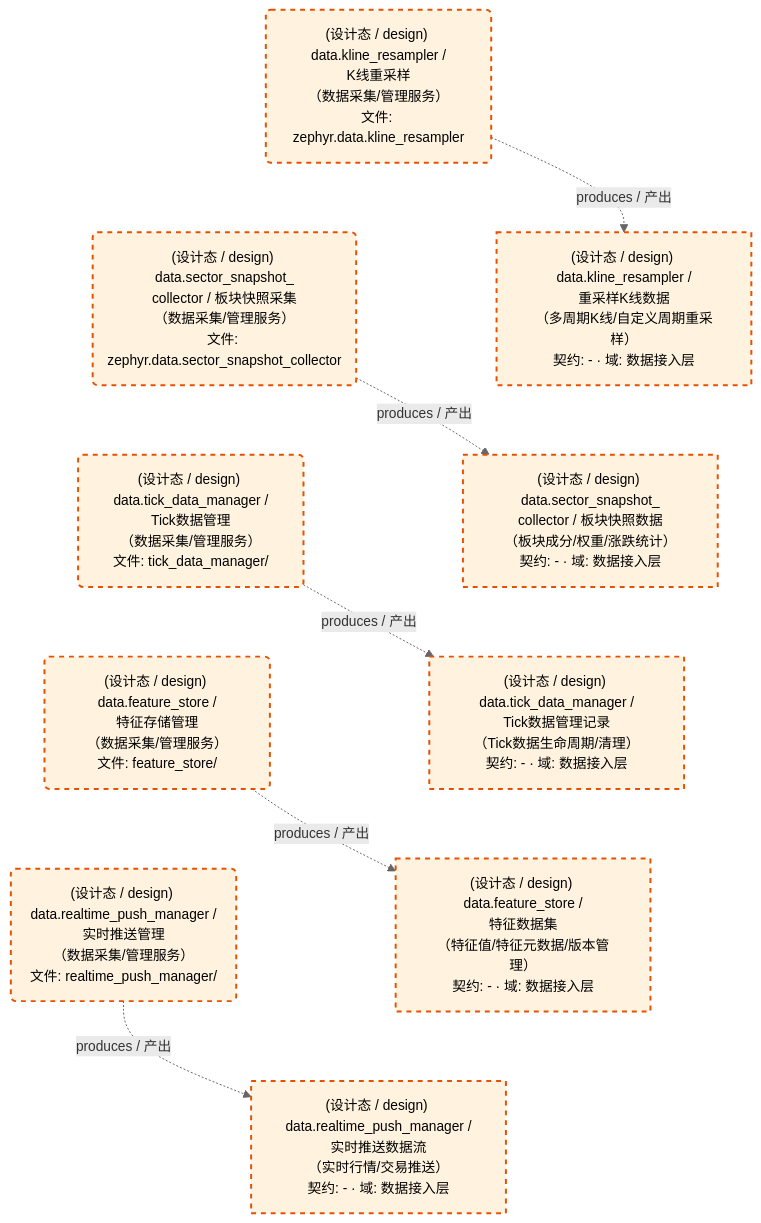
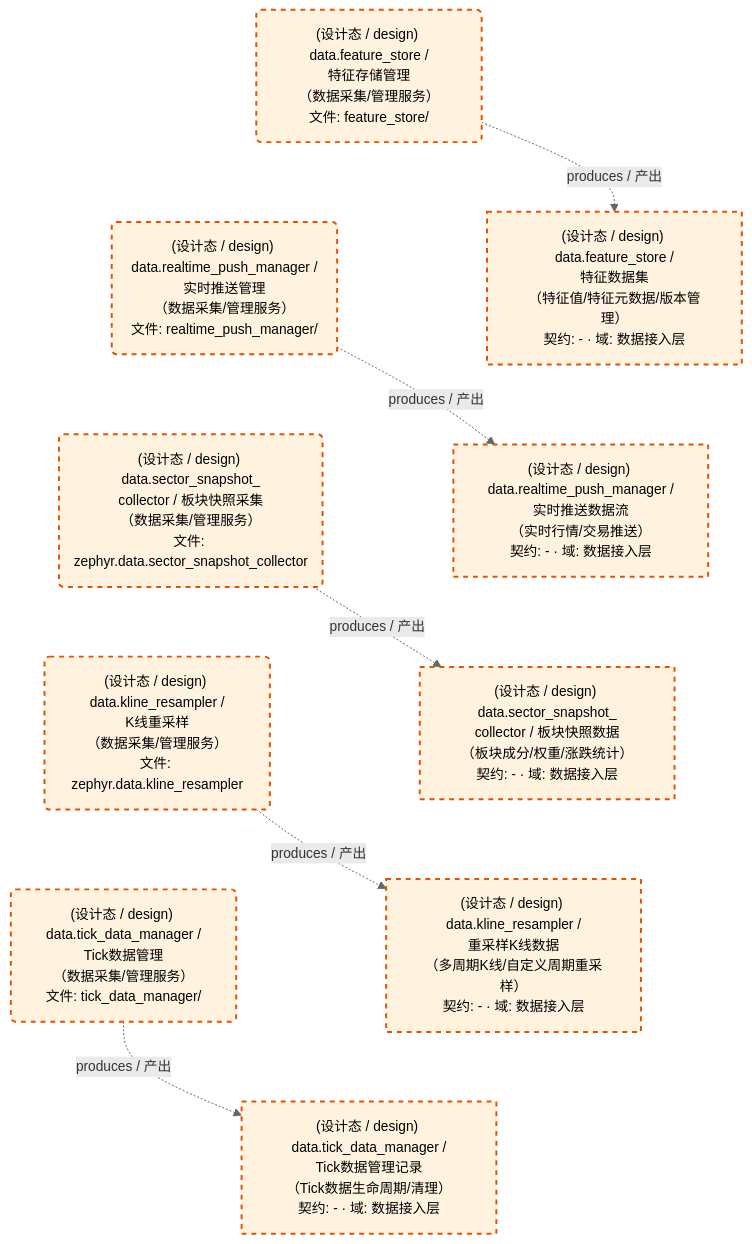
The second of 2 diagrams in docs/02_enterprise_architecture/05_dataflow_architecture/d_data.md (xuanFelixVan/ZephyrAlpha), drawn with Mermaid before and after one commit. The commit also changed other lines of this file and 4 other files, not shown here.

````diff
--- a/docs/02_enterprise_architecture/05_dataflow_architecture/d_data.md
+++ b/docs/02_enterprise_architecture/05_dataflow_architecture/d_data.md
@@ -90,32 +90,32 @@
 ```mermaid
 %%{init: {'theme': 'base', 'themeVariables': {'primaryColor': '#eaeaea', 'primaryTextColor': '#333333', 'primaryBorderColor': '#666666', 'lineColor': '#666666', 'secondaryColor': '#eaeaea', 'tertiaryColor': '#eaeaea', 'clusterBkg': 'transparent', 'clusterBorder': 'transparent', 'fontSize': '14px'}}}%%
 flowchart TD
     DS11253["(设计态 / design) data.feature_store /<br/>特征数据集<br/>（特征值/特征元数据/版本管理）<br/>契约: - · 域: 数据接入层"]
     DS11256["(设计态 / design) data.kline_resampler /<br/>重采样K线数据<br/>（多周期K线/自定义周期重采样）<br/>契约: - · 域: 数据接入层"]
     DS11254["(设计态 / design) data.realtime_push_manager /<br/>实时推送数据流<br/>（实时行情/交易推送）<br/>契约: - · 域: 数据接入层"]
     DS11257["(设计态 / design) data.sector_snapshot_<br/>collector / 板块快照数据<br/>（板块成分/权重/涨跌统计）<br/>契约: - · 域: 数据接入层"]
     DS11255["(设计态 / design) data.tick_data_manager /<br/>Tick数据管理记录<br/>（Tick数据生命周期/清理）<br/>契约: - · 域: 数据接入层"]
     JOB757617("(设计态 / design) data.feature_store /<br/>特征存储管理<br/>（数据采集/管理服务）<br/>文件: feature_store/")
     JOB757620("(设计态 / design) data.kline_resampler /<br/>K线重采样<br/>（数据采集/管理服务）<br/>文件: zephyr.data.kline_resampler")
     JOB757618("(设计态 / design) data.realtime_push_manager /<br/>实时推送管理<br/>（数据采集/管理服务）<br/>文件: realtime_push_manager/")
     JOB757621("(设计态 / design) data.sector_snapshot_<br/>collector / 板块快照采集<br/>（数据采集/管理服务）<br/>文件: zephyr.data.sector_snapshot_collector")
     JOB757619("(设计态 / design) data.tick_data_manager /<br/>Tick数据管理<br/>（数据采集/管理服务）<br/>文件: tick_data_manager/")
     JOB757617 -.->|produces / 产出| DS11253
     JOB757618 -.->|produces / 产出| DS11254
     JOB757619 -.->|produces / 产出| DS11255
     JOB757620 -.->|produces / 产出| DS11256
     JOB757621 -.->|produces / 产出| DS11257
-    JOB757620 ~~~ JOB757621
-    JOB757621 ~~~ JOB757619
-    JOB757619 ~~~ JOB757617
     JOB757617 ~~~ JOB757618
-    DS11256 ~~~ DS11257
-    DS11257 ~~~ DS11255
-    DS11255 ~~~ DS11253
+    JOB757618 ~~~ JOB757621
+    JOB757621 ~~~ JOB757620
+    JOB757620 ~~~ JOB757619
     DS11253 ~~~ DS11254
+    DS11254 ~~~ DS11257
+    DS11257 ~~~ DS11256
+    DS11256 ~~~ DS11255
     classDef production fill:#e1f5fe,stroke:#01579b,stroke-width:2px,color:#000
     classDef design fill:#fff3e0,stroke:#e65100,stroke-width:2px,color:#000,stroke-dasharray: 5 5
     classDef external_prod fill:#e8f4fd,stroke:#0277bd,stroke-width:1px,color:#000
     classDef external_design fill:#fff8e7,stroke:#ef6c00,stroke-width:1px,color:#000,stroke-dasharray: 5 5
     class DS11253,DS11256,DS11254,DS11257,DS11255,JOB757617,JOB757620,JOB757618,JOB757621,JOB757619 design
 ```
````
